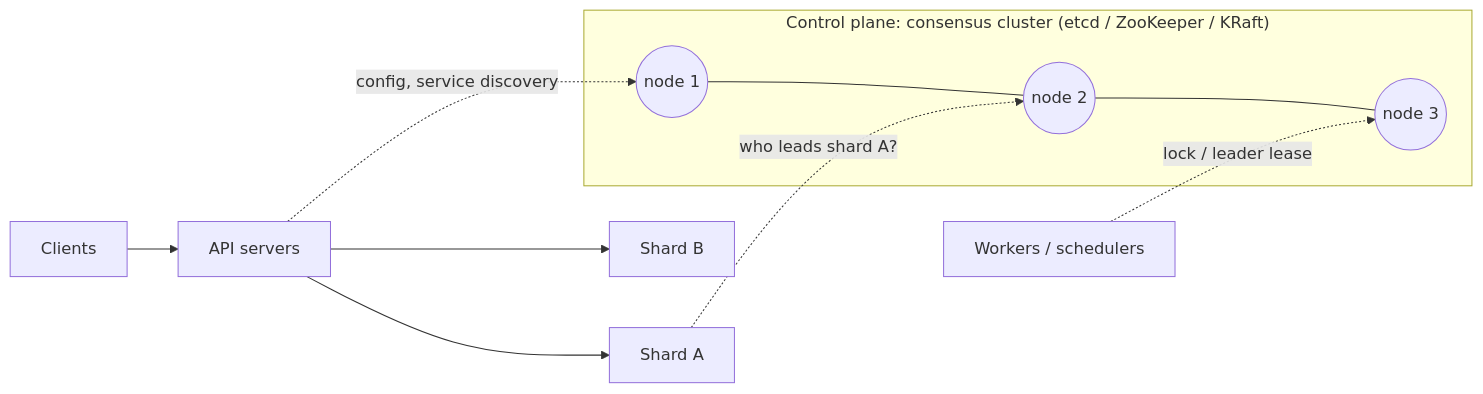
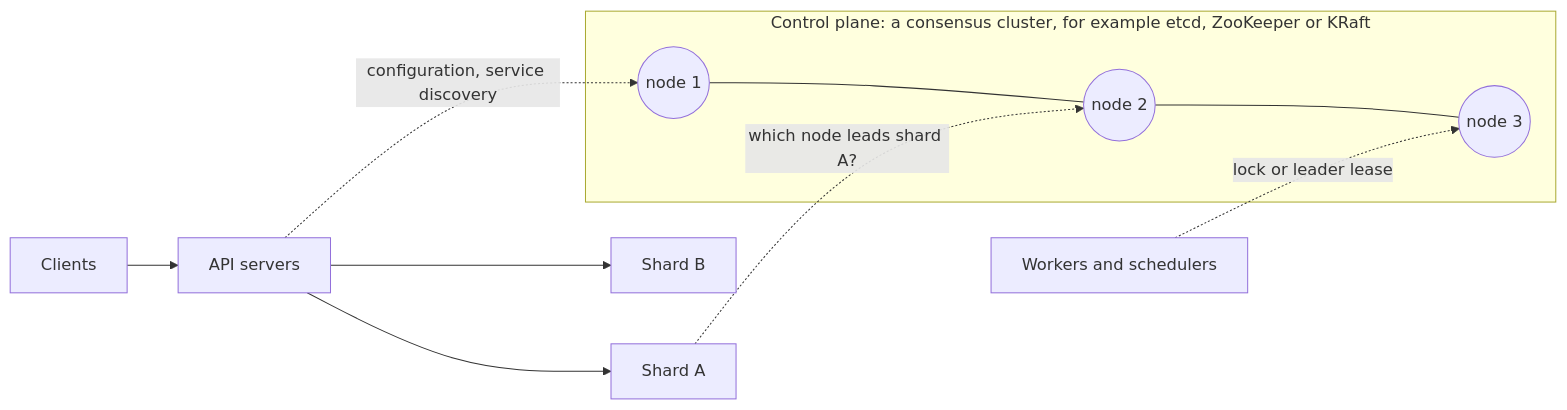
Before and after one commit to ssg721/distributed-systems-patterns: the diagram in docs/01-coordination-and-consistency/01-consensus/README.md, drawn with Mermaid. The commit also changed other lines of this file and 6 other files, not shown here.

````diff
--- a/docs/01-coordination-and-consistency/01-consensus/README.md
+++ b/docs/01-coordination-and-consistency/01-consensus/README.md
@@ -61,13 +61,13 @@
 ```mermaid
 flowchart LR
     C[Clients] --> API[API servers]
     API --> A[Shard A]
     API --> B[Shard B]
-    W[Workers / schedulers]
-    subgraph CP["Control plane: consensus cluster (etcd / ZooKeeper / KRaft)"]
+    W[Workers and schedulers]
+    subgraph CP["Control plane: a consensus cluster, for example etcd, ZooKeeper or KRaft"]
         N1((node 1)) --- N2((node 2)) --- N3((node 3))
     end
-    API -.->|config, service discovery| N1
-    A -.->|who leads shard A?| N2
-    W -.->|lock / leader lease| N3
+    API -.->|configuration, service discovery| N1
+    A -.->|which node leads shard A?| N2
+    W -.->|lock or leader lease| N3
 ```
````
